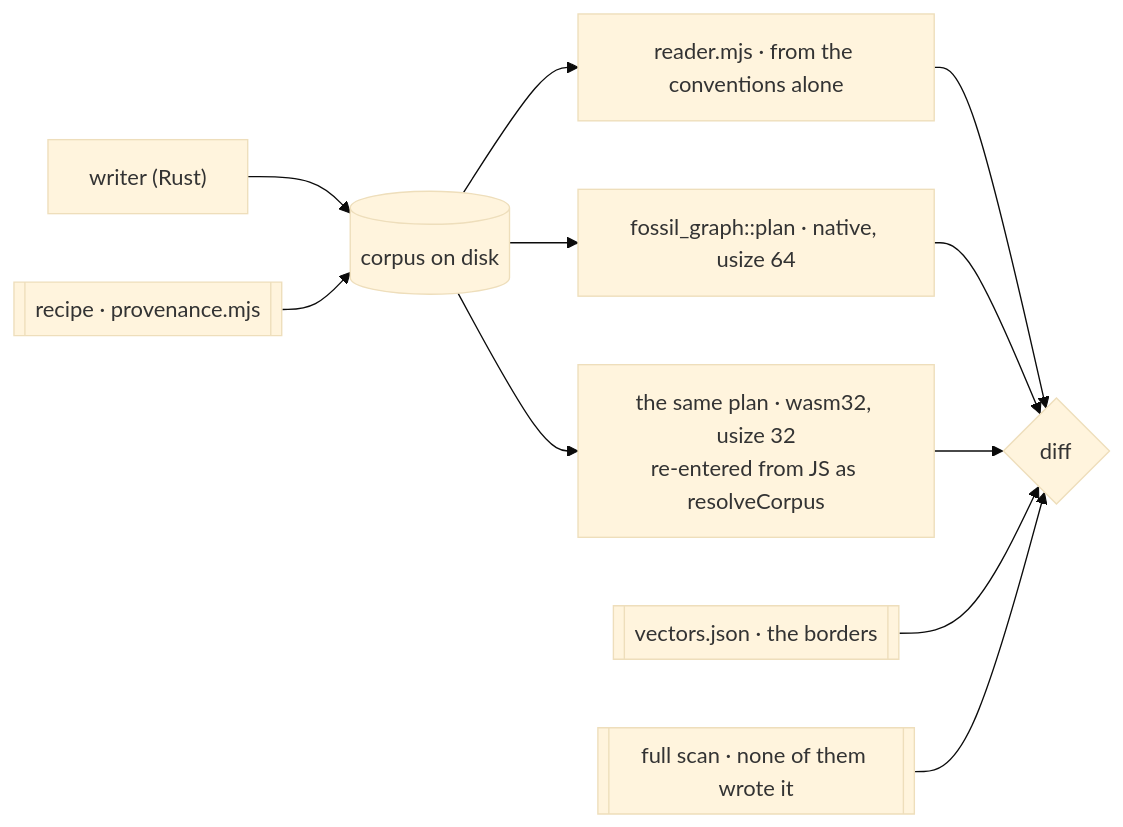
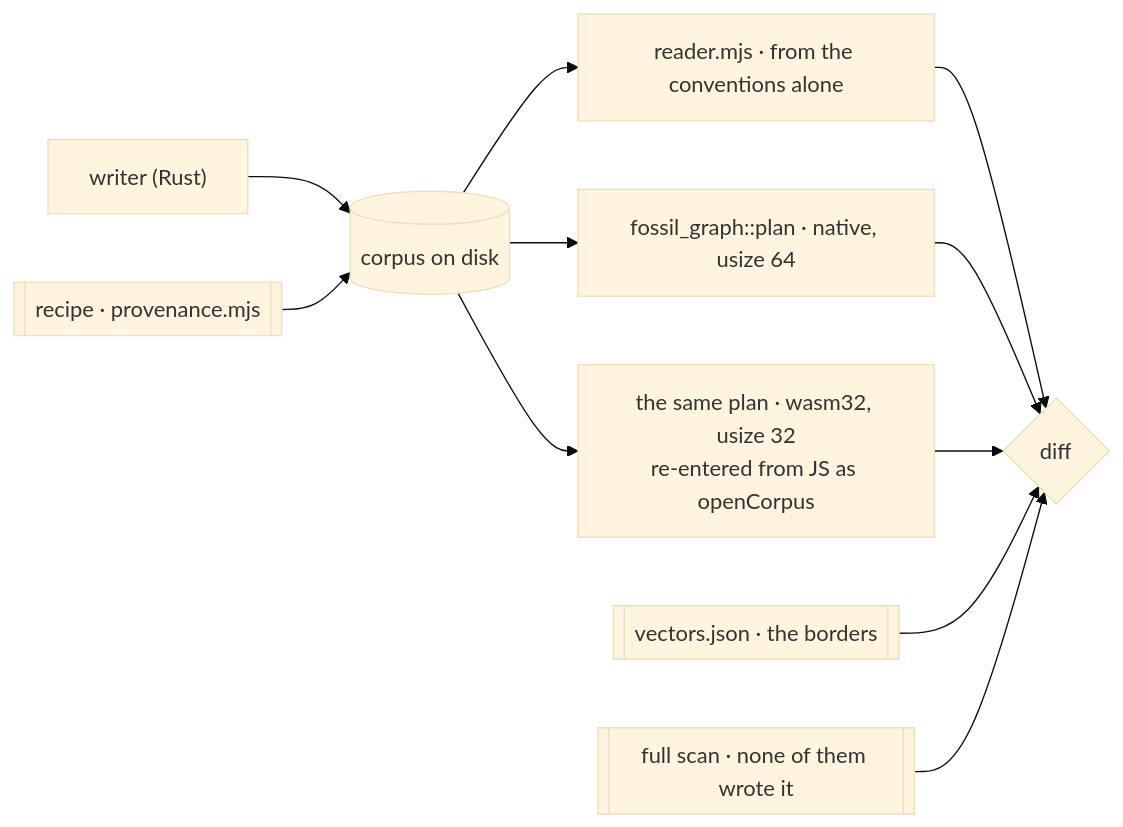
The second of 2 diagrams in apps/docs/content/docs/design/corpus.mdx (Kanzo-Tech/fossil-lang), drawn with Mermaid (base theme) before and after one commit. The commit also changed other lines of this file and 1 other file, not shown here.

````diff
--- a/apps/docs/content/docs/design/corpus.mdx
+++ b/apps/docs/content/docs/design/corpus.mdx
@@ -676,13 +678,13 @@
 ```mermaid
 graph LR
   W["writer (Rust)"] --> C[("corpus on disk")]
   R[["recipe · provenance.mjs"]] --> C
   C --> JS["reader.mjs · from the conventions alone"]
   C --> RS["fossil_graph::plan · native, usize 64"]
-  C --> WS["the same plan · wasm32, usize 32<br/>re-entered from JS as resolveCorpus"]
+  C --> WS["the same plan · wasm32, usize 32<br/>re-entered from JS as openCorpus"]
   JS --> D{"diff"}
   RS --> D
   WS --> D
   V[["vectors.json · the borders"]] --> D
   S[["full scan · none of them wrote it"]] --> D
 ```
````
